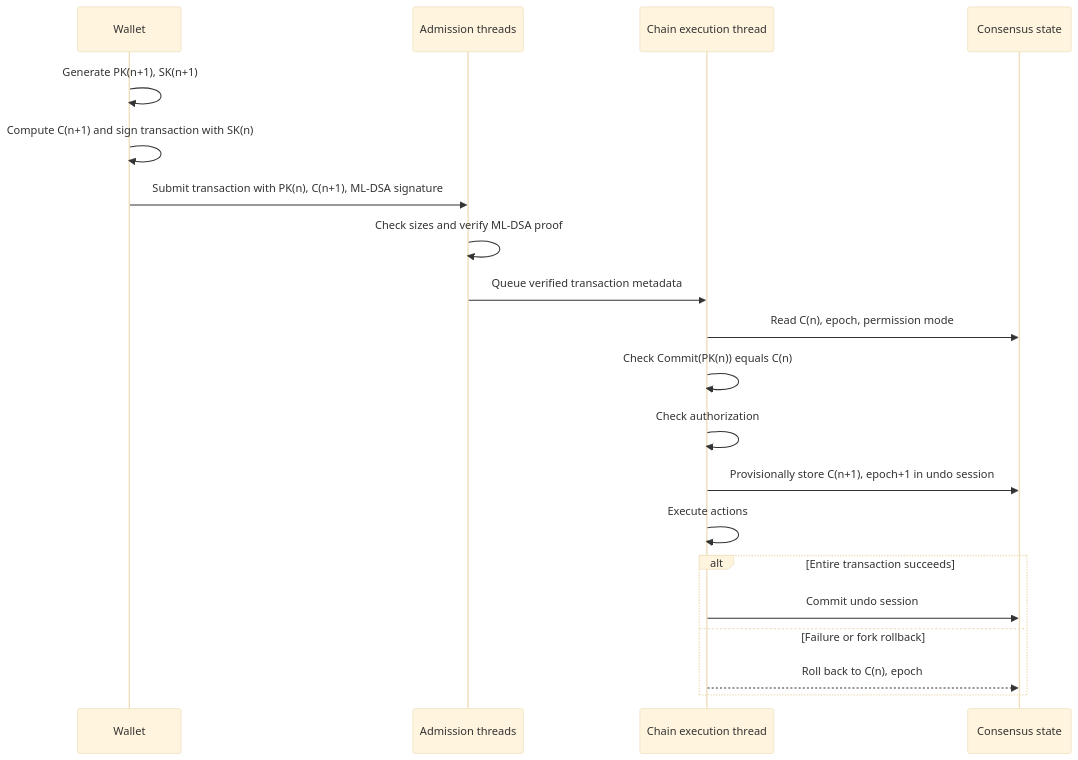
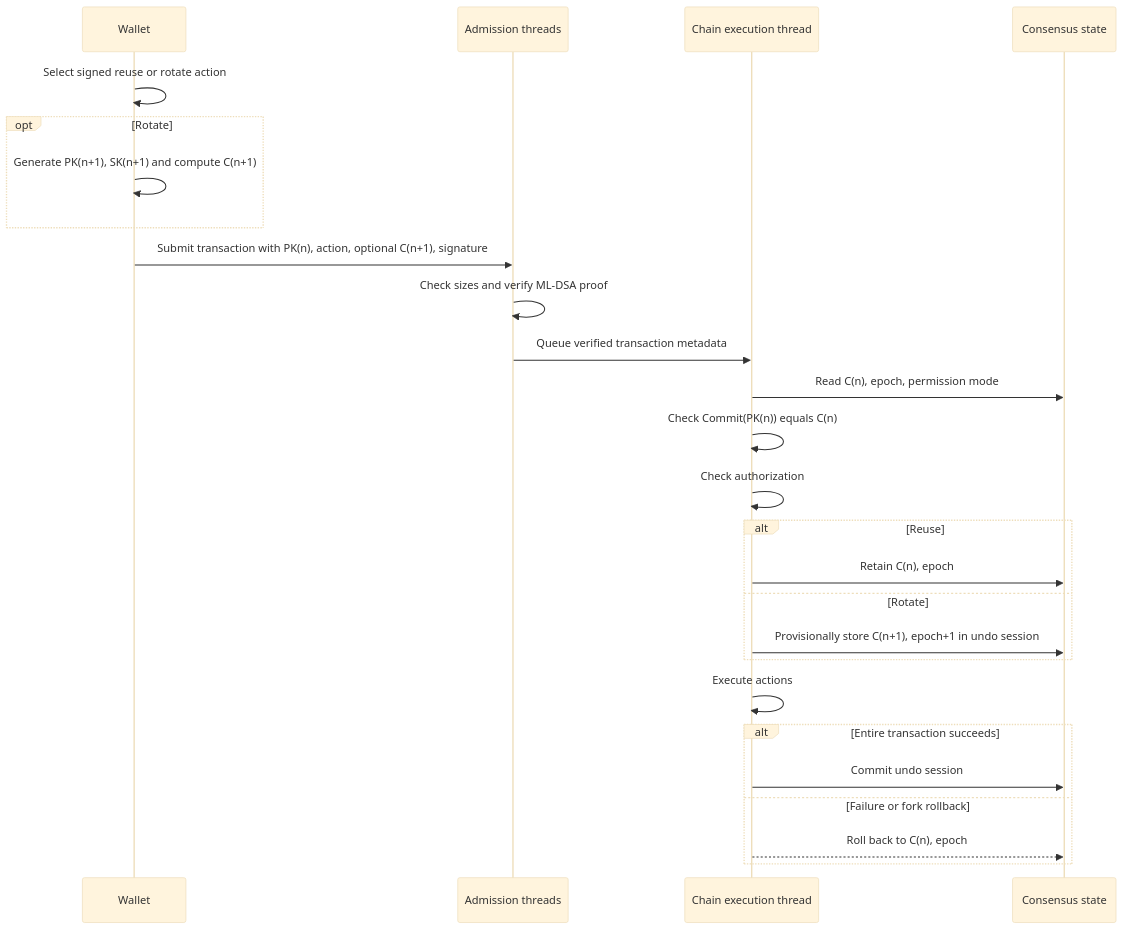
One commit to fullon-labs/flon-core changed the first of 2 diagrams in docs/01_node/07_concepts/15_quantum-safe-authorization-v1.md. Above: the diagram before and after it, drawn with Mermaid (base theme). The commit also changed other lines of this file, not shown here.

````diff
--- a/docs/01_node/07_concepts/15_quantum-safe-authorization-v1.md
+++ b/docs/01_node/07_concepts/15_quantum-safe-authorization-v1.md
@@ -352,23 +374,29 @@
 ```mermaid
 sequenceDiagram
     participant W as Wallet
     participant A as Admission threads
     participant C as Chain execution thread
     participant S as Consensus state
 
-    W->>W: Generate PK(n+1), SK(n+1)
-    W->>W: Compute C(n+1) and sign transaction with SK(n)
-    W->>A: Submit transaction with PK(n), C(n+1), ML-DSA signature
+    W->>W: Select signed reuse or rotate action
+    opt Rotate
+        W->>W: Generate PK(n+1), SK(n+1) and compute C(n+1)
+    end
+    W->>A: Submit transaction with PK(n), action, optional C(n+1), signature
     A->>A: Check sizes and verify ML-DSA proof
     A->>C: Queue verified transaction metadata
     C->>S: Read C(n), epoch, permission mode
     C->>C: Check Commit(PK(n)) equals C(n)
     C->>C: Check authorization
-    C->>S: Provisionally store C(n+1), epoch+1 in undo session
+    alt Reuse
+        C->>S: Retain C(n), epoch
+    else Rotate
+        C->>S: Provisionally store C(n+1), epoch+1 in undo session
+    end
     C->>C: Execute actions
     alt Entire transaction succeeds
         C->>S: Commit undo session
     else Failure or fork rollback
         C-->>S: Roll back to C(n), epoch
     end
 ```
````
